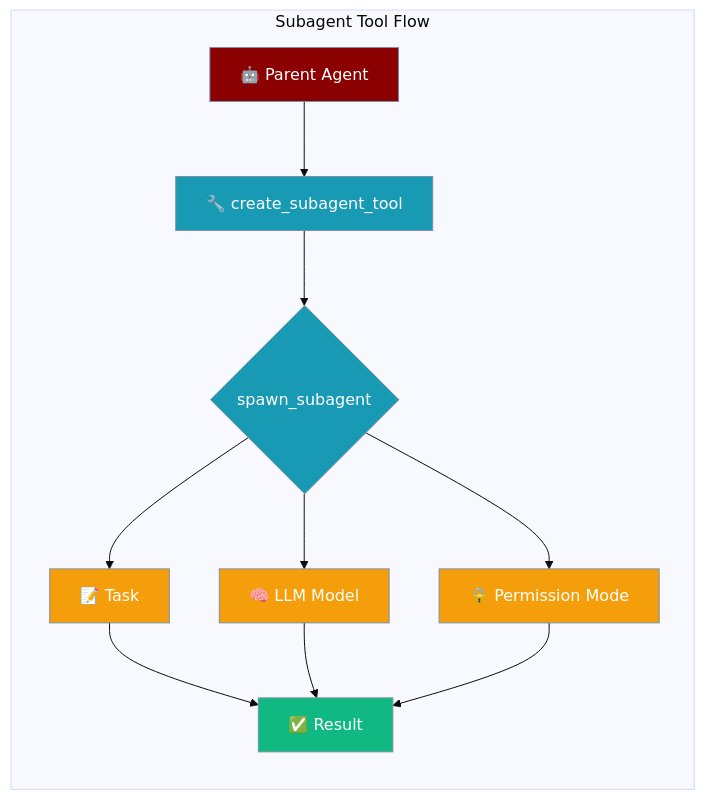
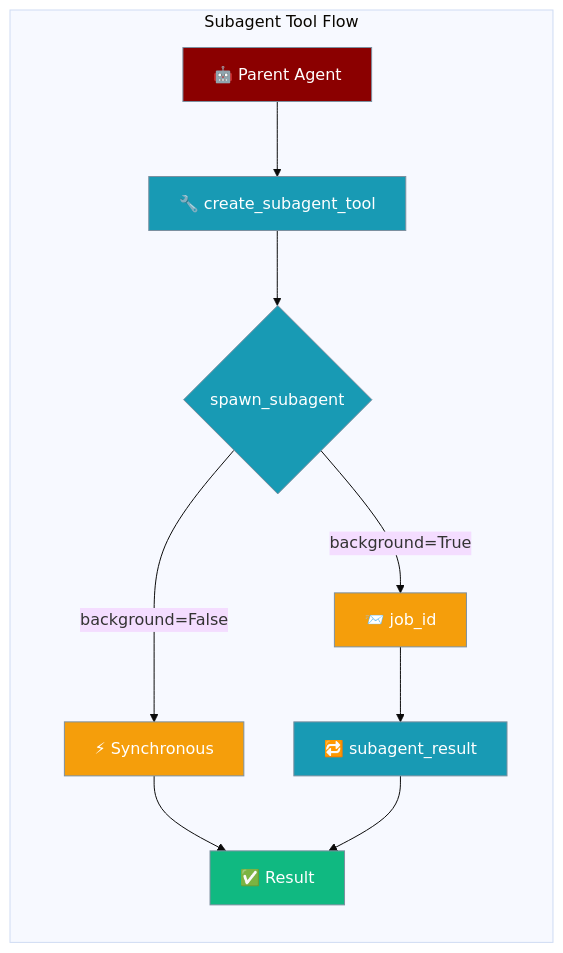
The first of 4 diagrams in docs/features/subagent-tool.mdx (MervinPraison/PraisonAIDocs), drawn with Mermaid (base theme) before and after one commit. The commit also changed other lines of this file, not shown here.

Commit message:
docs: update subagent-tool.mdx for background mode + subagent_result companion tool (fixes #1063)

````diff
--- a/docs/features/subagent-tool.mdx
+++ b/docs/features/subagent-tool.mdx
@@ -10,23 +10,22 @@
 ```mermaid
 graph LR
     subgraph "Subagent Tool Flow"
         A[🤖 Parent Agent] --> B[🔧 create_subagent_tool]
         B --> C{spawn_subagent}
-        C --> D[📝 Task]
-        C --> E[🧠 LLM Model]
-        C --> F[🔒 Permission Mode]
-        D --> G[✅ Result]
-        E --> G
-        F --> G
+        C -->|background=False| S[⚡ Synchronous]
+        C -->|background=True| K[📨 job_id]
+        K --> R[🔁 subagent_result]
+        S --> G[✅ Result]
+        R --> G
     end
-    
+
     classDef agent fill:#8B0000,stroke:#7C90A0,color:#fff
     classDef tool fill:#189AB4,stroke:#7C90A0,color:#fff
     classDef config fill:#F59E0B,stroke:#7C90A0,color:#fff
     classDef result fill:#10B981,stroke:#7C90A0,color:#fff
-    
+
     class A agent
-    class B,C tool
-    class D,E,F config
+    class B,C,R tool
+    class S,K config
     class G result
 ```
````
